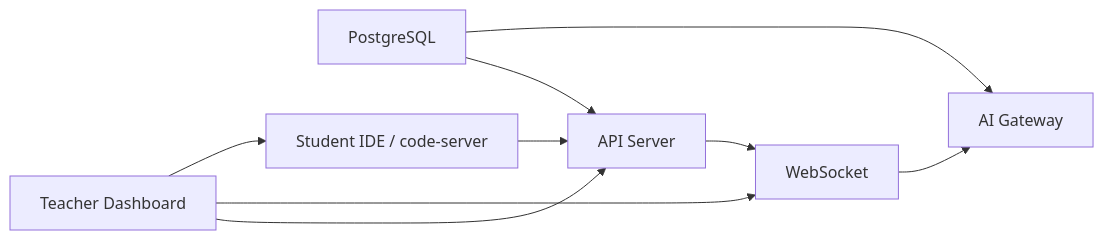
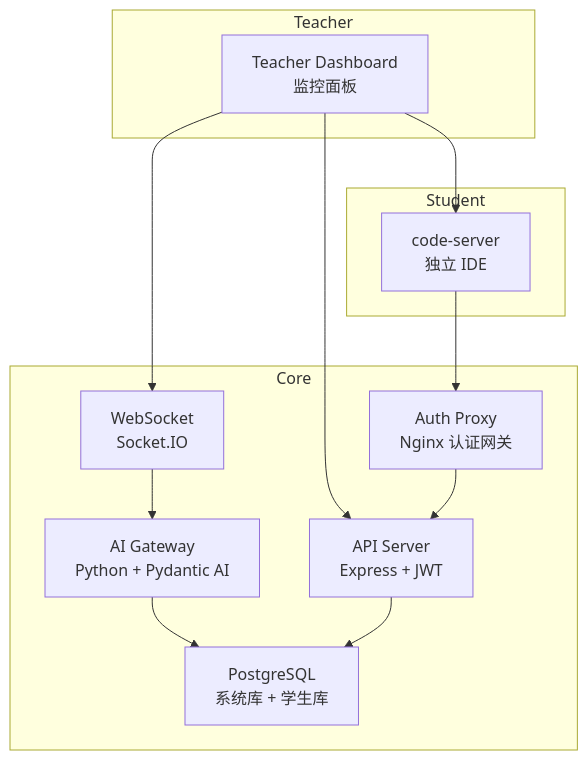
The diagram in README.md (prisflow/sqlense), drawn with Mermaid before and after one commit. The commit also changed other lines of this file, not shown here.

````diff
--- a/README.md
+++ b/README.md
@@ -51,11 +90,25 @@
 ```mermaid
-graph LR
-    PG[PostgreSQL] --> API[API Server]
-    API --> WS[WebSocket]
-    WS --> AI[AI Gateway]
-    PG --> AI
-    SPA[Teacher Dashboard] --> API
-    SPA --> WS
-    SPA --> CS[Student IDE / code-server]
-    CS --> API
+graph TB
+    subgraph "Student"
+        CS[code-server<br/>独立 IDE]
+    end
+    subgraph "Teacher"
+        TD[Teacher Dashboard<br/>监控面板]
+    end
+    subgraph "Core"
+        API[API Server<br/>Express + JWT]
+        WS[WebSocket<br/>Socket.IO]
+        AI[AI Gateway<br/>Python + Pydantic AI]
+        PG[PostgreSQL<br/>系统库 + 学生库]
+        AP[Auth Proxy<br/>Nginx 认证网关]
+    end
+
+    TD --> API
+    TD --> WS
+    TD --> CS
+    CS --> AP
+    AP --> API
+    WS --> AI
+    AI --> PG
+    API --> PG
 ```
````
